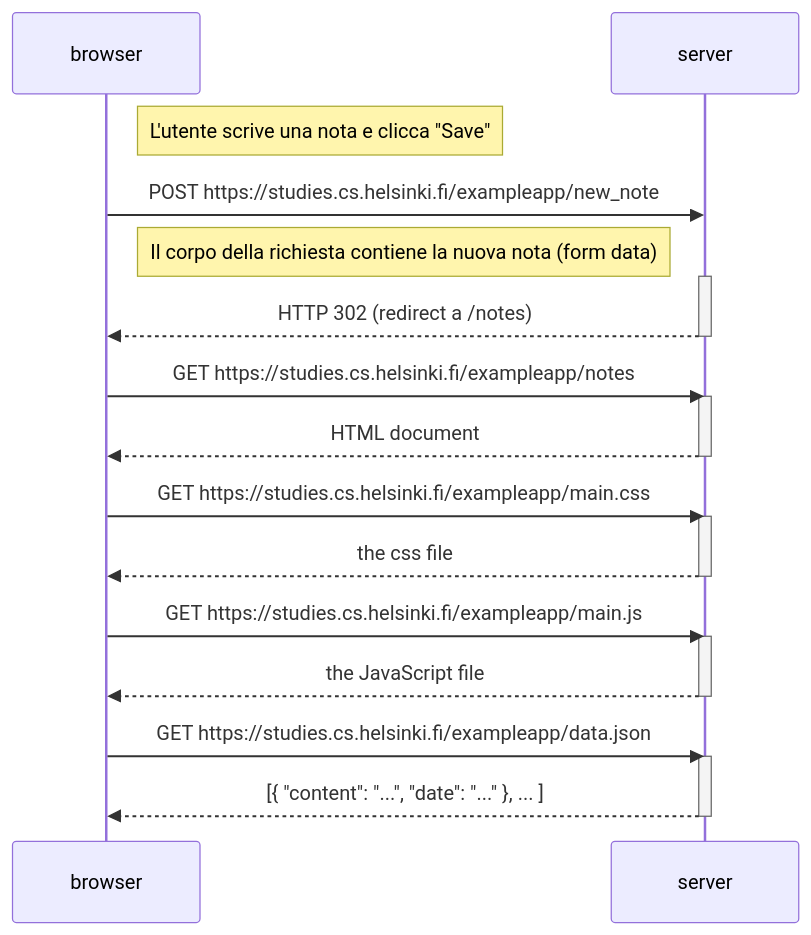
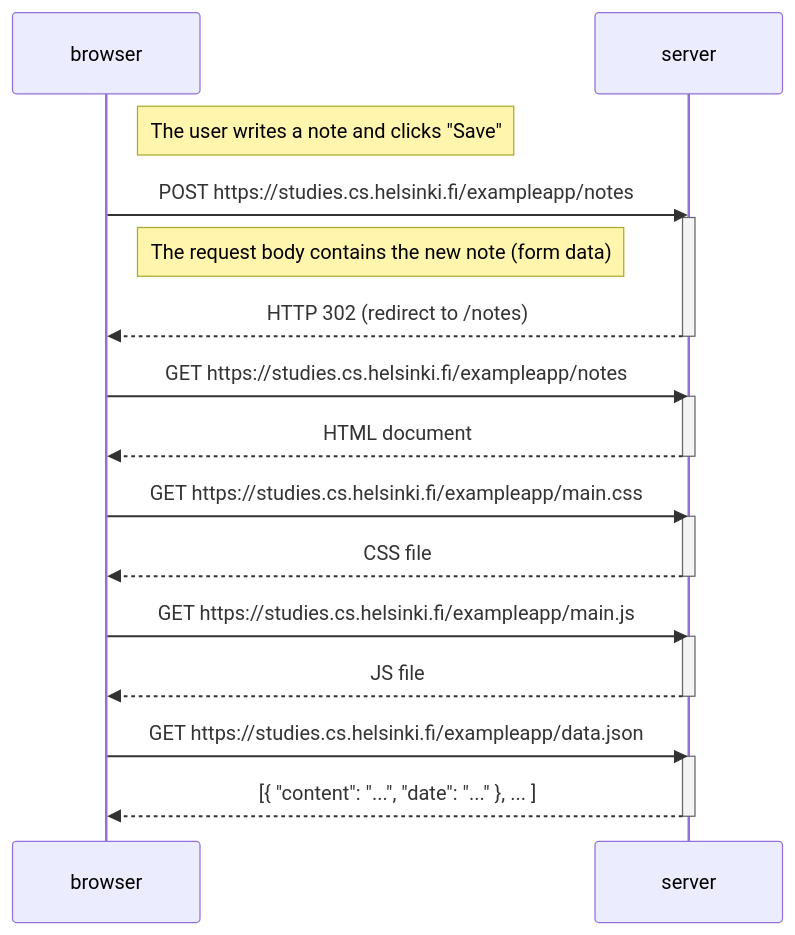
The diagram in sol_0.5.md (MatteoRossato/FullStackOpen_Part0), drawn with Mermaid before and after one commit.

````diff
--- a/sol_0.5.md
+++ b/sol_0.5.md
@@ -1,34 +1,33 @@
 ```mermaid
 sequenceDiagram
     participant browser
     participant server
 
-    Note right of browser: L'utente scrive una nota e clicca "Save"
-
-    browser->>server: POST https://studies.cs.helsinki.fi/exampleapp/new_note
-    Note right of browser: Il corpo della richiesta contiene la nuova nota (form data)
+    Note right of browser: The user writes a note and clicks "Save"
+    browser->>server: POST https://studies.cs.helsinki.fi/exampleapp/notes
     activate server
-    server-->>browser: HTTP 302 (redirect a /notes)
+    Note right of browser: The request body contains the new note (form data)
+    server-->>browser: HTTP 302 (redirect to /notes)
     deactivate server
 
     browser->>server: GET https://studies.cs.helsinki.fi/exampleapp/notes
     activate server
     server-->>browser: HTML document
     deactivate server
 
     browser->>server: GET https://studies.cs.helsinki.fi/exampleapp/main.css
     activate server
-    server-->>browser: the css file
+    server-->>browser: CSS file
     deactivate server
 
     browser->>server: GET https://studies.cs.helsinki.fi/exampleapp/main.js
     activate server
-    server-->>browser: the JavaScript file
+    server-->>browser: JS file
     deactivate server
 
     browser->>server: GET https://studies.cs.helsinki.fi/exampleapp/data.json
     activate server
     server-->>browser: [{ "content": "...", "date": "..." }, ... ]
     deactivate server
 
 ```
````
